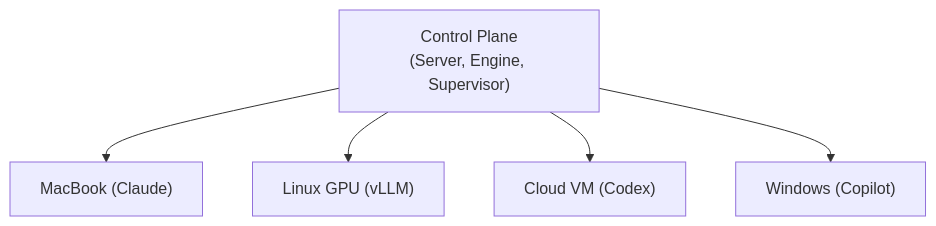
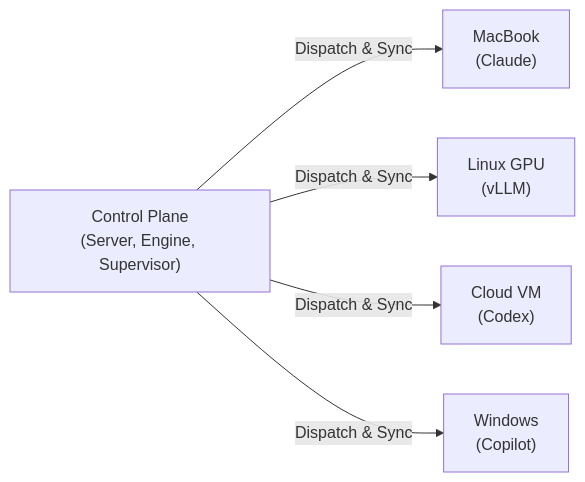
One commit to Apra-Labs/apra-fleet changed the diagram in README.md. Above: the diagram before and after it, drawn with Mermaid. The commit also changed other lines of this file and 1 other file, not shown here.

Commit message:
fix(docs): resolve GitHub Markdown rendering for Mermaid and SVG component links

````diff
--- a/README.md
+++ b/README.md
@@ -184,8 +179,4 @@
 ```mermaid
-flowchart TD
-    CP["Control Plane<br/>(Server, Engine, Supervisor)"]
-    CP --> M1["MacBook (Claude)"]
-    CP --> M2["Linux GPU (vLLM)"]
-    CP --> M3["Cloud VM (Codex)"]
-    CP --> M4["Windows (Copilot)"]
+flowchart LR
+    CP["Control Plane<br/>(Server, Engine, Supervisor)"] -->|Dispatch & Sync| M1["MacBook<br/>(Claude)"] & M2["Linux GPU<br/>(vLLM)"] & M3["Cloud VM<br/>(Codex)"] & M4["Windows<br/>(Copilot)"]
 ```
````
